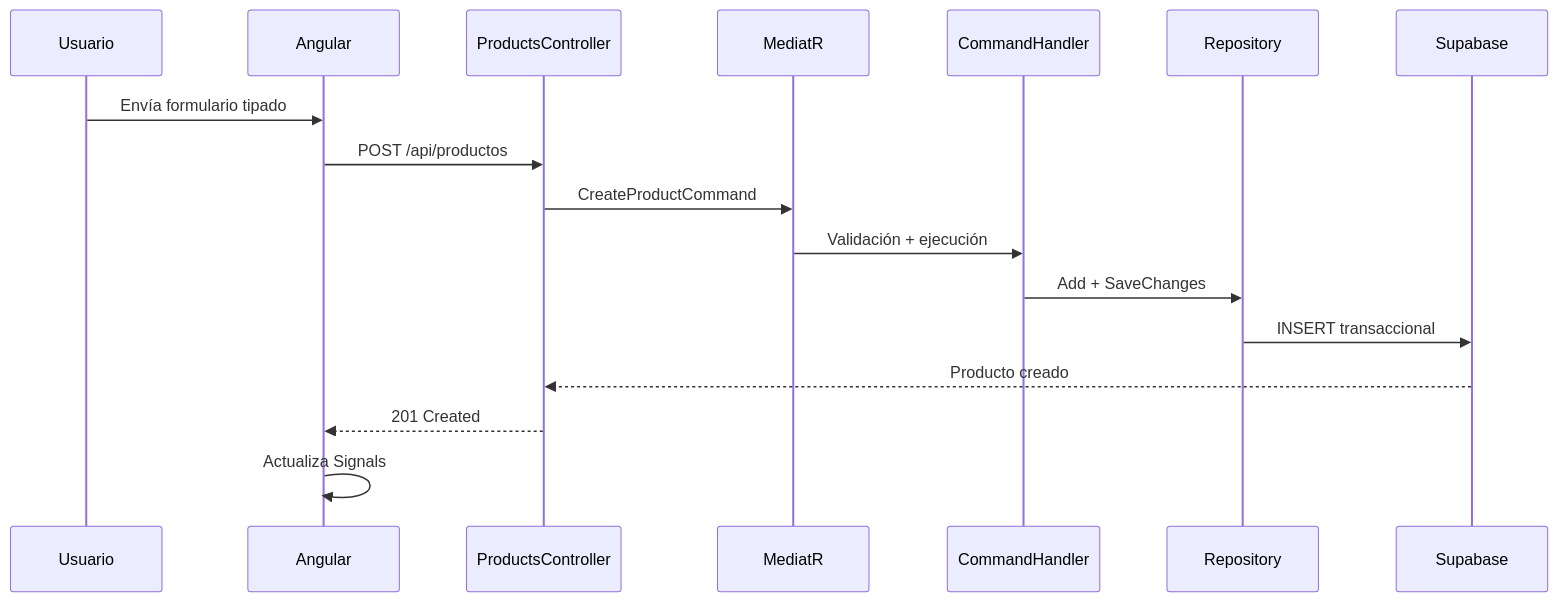
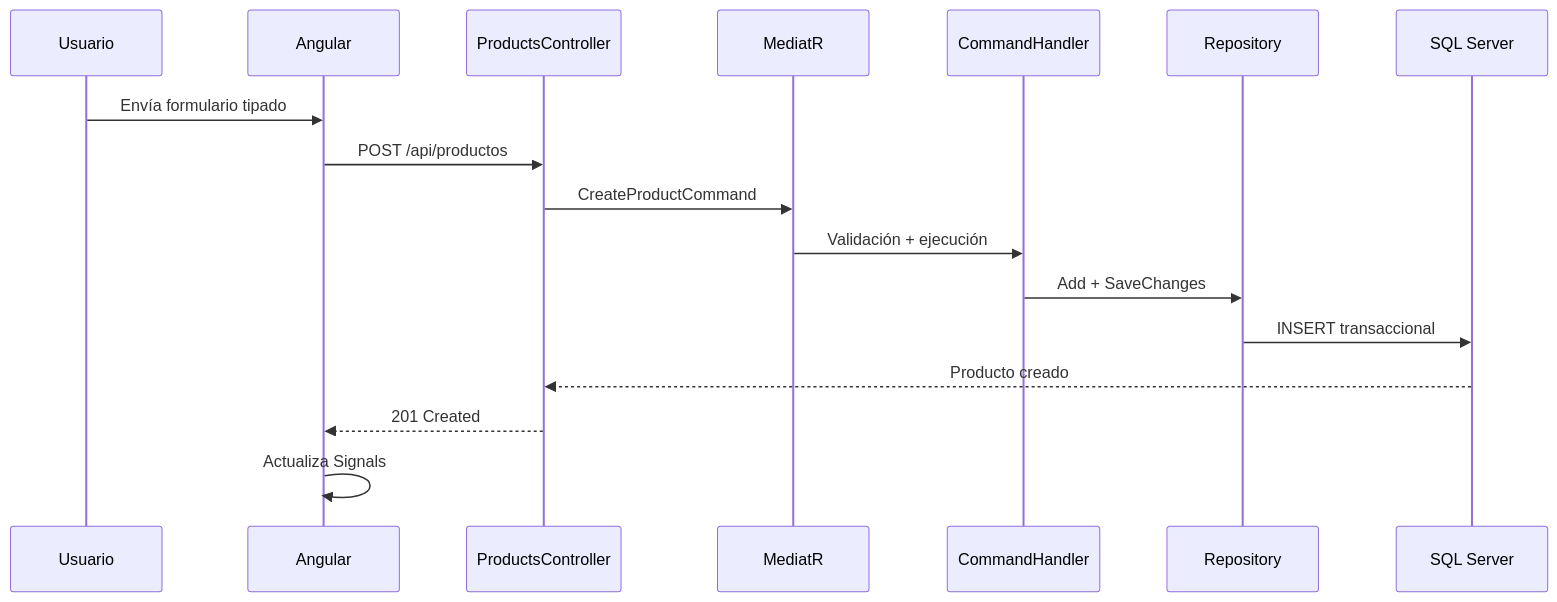
One commit to YeisonNEDF/Agaval changed the second of 2 diagrams in Doc/01-arquitectura.md. Above: the diagram before and after it, drawn with Mermaid. The commit also changed other lines of this file and 23 other files, not shown here.

Commit message:
refactor: use self-initializing SQL Server persistence

````diff
--- a/Doc/01-arquitectura.md
+++ b/Doc/01-arquitectura.md
@@ -19,19 +19,19 @@
 ```mermaid
 sequenceDiagram
     participant U as Usuario
     participant C as Angular
     participant API as ProductsController
     participant M as MediatR
     participant H as CommandHandler
     participant R as Repository
-    participant DB as Supabase
+    participant DB as SQL Server
     U->>C: Envía formulario tipado
     C->>API: POST /api/productos
     API->>M: CreateProductCommand
     M->>H: Validación + ejecución
     H->>R: Add + SaveChanges
     R->>DB: INSERT transaccional
     DB-->>API: Producto creado
     API-->>C: 201 Created
     C->>C: Actualiza Signals
 ```
````
